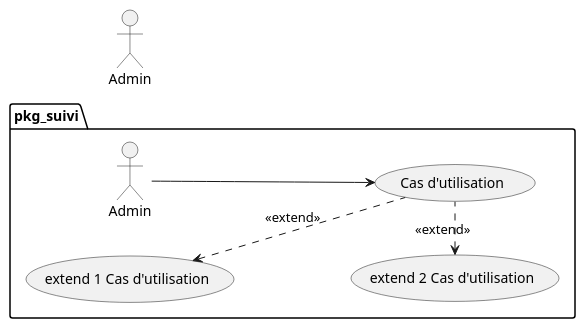
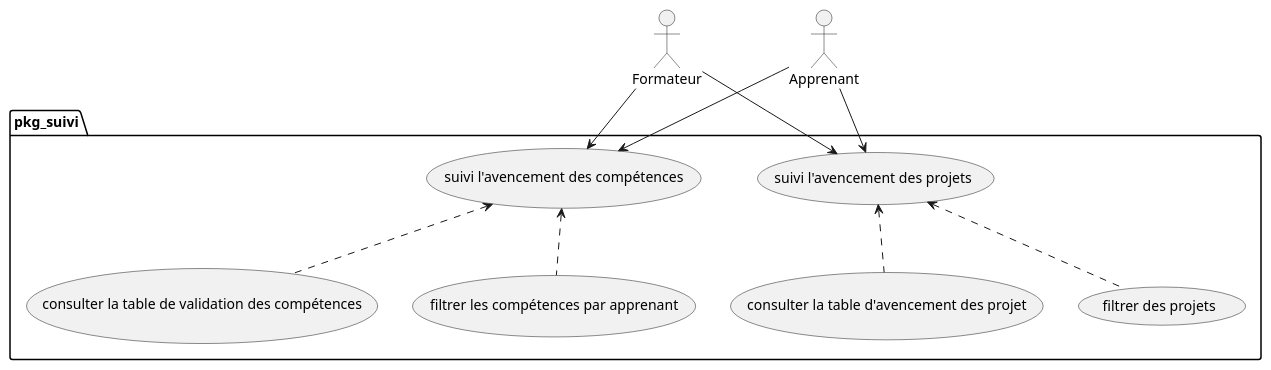
One commit to solicoders/soli-lms changed the diagram in modélisation/pkg_suivi/uses_cases_pkg_suivi.puml. Above: the diagram before and after it, drawn with PlantUML. The commit also changed 2 other files, not shown here.

```diff
--- a/modélisation/pkg_suivi/uses_cases_pkg_suivi.puml
+++ b/modélisation/pkg_suivi/uses_cases_pkg_suivi.puml
@@ -1,17 +1,22 @@
 @startuml uses_cases_pkg_suivi
 
-left to right direction
-
-
-actor Admin as admin
+actor Formateur
+actor Apprenant
 
 package pkg_suivi {
 
-  Admin -->  (Cas d'utilisation) 
-  (extend 1 Cas d'utilisation)  <..  (Cas d'utilisation)  : <<extend>>
-  (extend 2 Cas d'utilisation)  <.  (Cas d'utilisation)  : <<extend>>
+  Formateur --> (suivi l'avencement des projets)
+  Formateur --> (suivi l'avencement des compétences)
+
+  Apprenant --> (suivi l'avencement des projets)
+  Apprenant --> (suivi l'avencement des compétences)
+  
+  (suivi l'avencement des projets) <.. (consulter la table d'avencement des projet)
+  (suivi l'avencement des projets) <.. (filtrer des projets)
+  (suivi l'avencement des compétences) <.. (consulter la table de validation des compétences)
+  (suivi l'avencement des compétences) <.. (filtrer les compétences par apprenant)
+  
+
 }  
 
-' note right of admin : "note 1"
-
 @enduml
```
